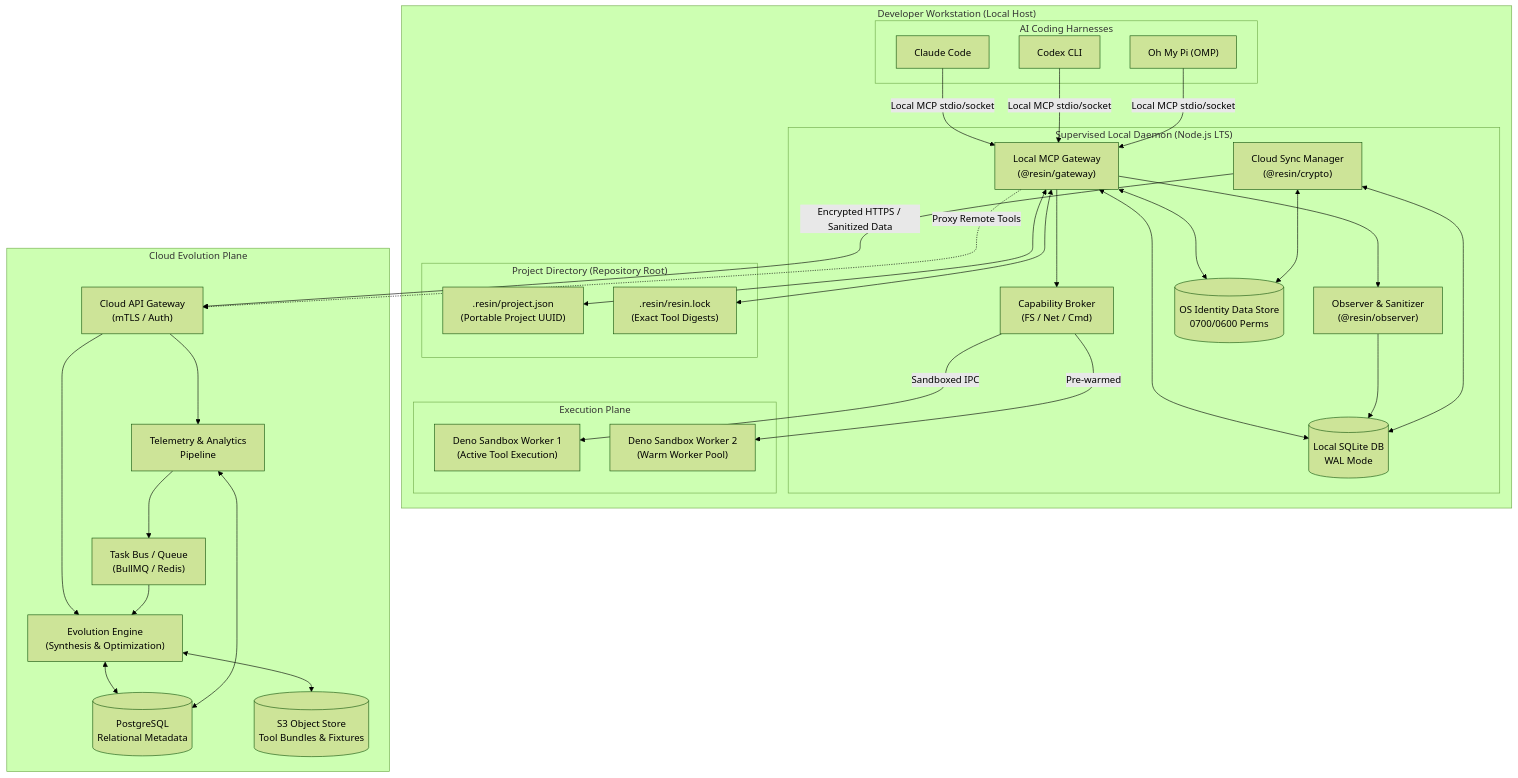
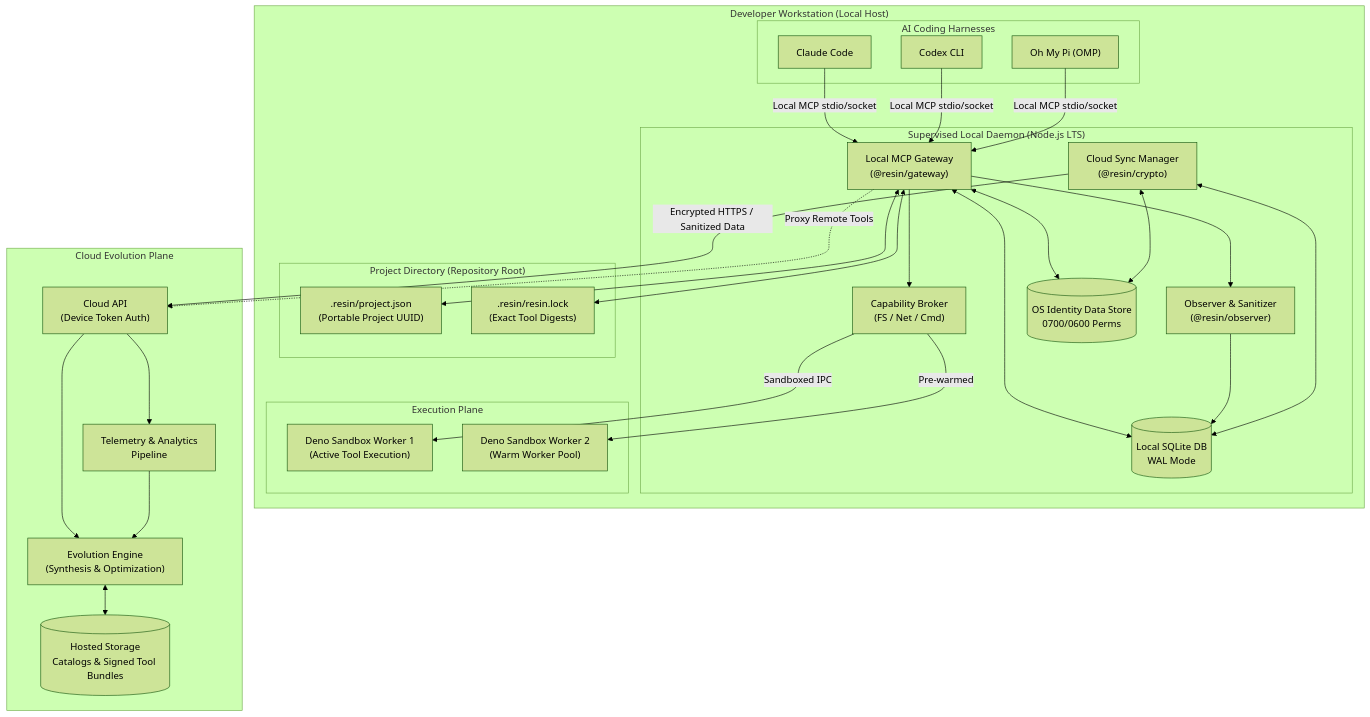
Before and after one commit to Resin-AI/resin: the diagram in docs/architecture/overview.md, drawn with Mermaid (forest theme). The commit also changed other lines of this file and 24 other files, not shown here.

````diff
--- a/docs/architecture/overview.md
+++ b/docs/architecture/overview.md
@@ -13,69 +13,64 @@
 ```mermaid
 flowchart TB
     subgraph LocalStation["Developer Workstation (Local Host)"]
         subgraph Harnesses["AI Coding Harnesses"]
             ClaudeCode["Claude Code"]
             CodexCLI["Codex CLI"]
             OMP["Oh My Pi (OMP)"]
         end
 
         subgraph LocalDaemon["Supervised Local Daemon (Node.js LTS)"]
             LocalGateway["Local MCP Gateway\n(@resin/gateway)"]
             Observer["Observer & Sanitizer\n(@resin/observer)"]
             CapBroker["Capability Broker\n(FS / Net / Cmd)"]
             SyncMgr["Cloud Sync Manager\n(@resin/crypto)"]
             LocalDB[("Local SQLite DB\nWAL Mode")]
             TrustStore[("OS Identity Data Store\n0700/0600 Perms")]
         end
 
         subgraph ProjectDir["Project Directory (Repository Root)"]
             ProjectMeta[".resin/project.json\n(Portable Project UUID)"]
             ProjectLock[".resin/resin.lock\n(Exact Tool Digests)"]
         end
 
         subgraph Sandbox["Execution Plane"]
             DenoWorker1["Deno Sandbox Worker 1\n(Active Tool Execution)"]
             DenoWorker2["Deno Sandbox Worker 2\n(Warm Worker Pool)"]
         end
     end
 
     subgraph CloudPlane["Cloud Evolution Plane"]
-        CloudAPI["Cloud API Gateway\n(mTLS / Auth)"]
+        CloudAPI["Cloud API\n(Device Token Auth)"]
         TelemetryIngest["Telemetry & Analytics\nPipeline"]
         EvolEngine["Evolution Engine\n(Synthesis & Optimization)"]
-        CloudDB[("PostgreSQL\nRelational Metadata")]
-        BlobStore[("S3 Object Store\nTool Bundles & Fixtures")]
-        TaskQueue["Task Bus / Queue\n(BullMQ / Redis)"]
+        CloudStore[("Hosted Storage\nCatalogs & Signed Tool Bundles")]
     end
 
     %% Local Connections
     ClaudeCode -->|Local MCP stdio/socket| LocalGateway
     CodexCLI -->|Local MCP stdio/socket| LocalGateway
     OMP -->|Local MCP stdio/socket| LocalGateway
 
     LocalGateway --> Observer
     LocalGateway --> CapBroker
     LocalGateway <--> LocalDB
     LocalGateway <--> TrustStore
     LocalGateway <--> ProjectMeta
     LocalGateway <--> ProjectLock
     Observer --> LocalDB
     SyncMgr <--> LocalDB
     SyncMgr <--> TrustStore
 
     CapBroker -->|Sandboxed IPC| DenoWorker1
     CapBroker -->|Pre-warmed| DenoWorker2
 
     %% Local to Cloud Connections (Sanitized Only)
     SyncMgr -->|Encrypted HTTPS / Sanitized Data| CloudAPI
     LocalGateway -.->|Proxy Remote Tools| CloudAPI
 
     %% Cloud Internal Connections
     CloudAPI --> TelemetryIngest
     CloudAPI --> EvolEngine
-    TelemetryIngest --> TaskQueue
-    TaskQueue --> EvolEngine
-    EvolEngine <--> CloudDB
-    EvolEngine <--> BlobStore
-    TelemetryIngest <--> CloudDB
+    EvolEngine <--> CloudStore
+    TelemetryIngest --> EvolEngine
 ```
````
